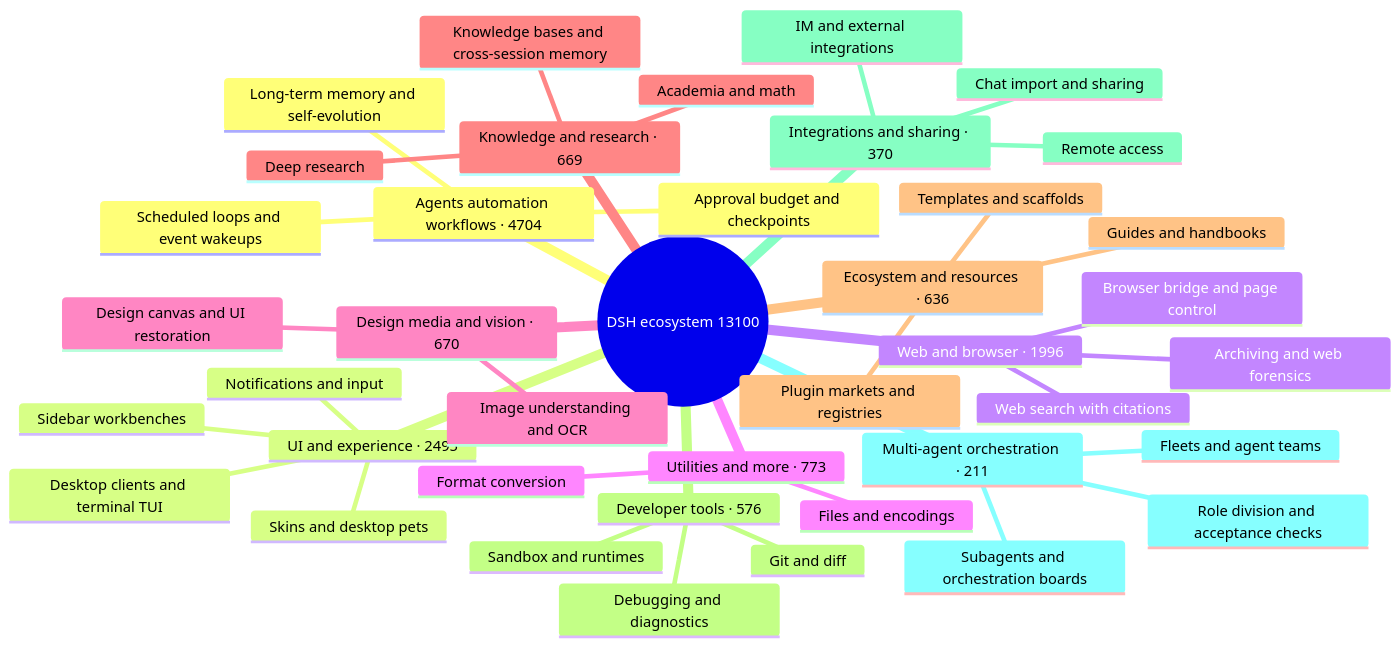
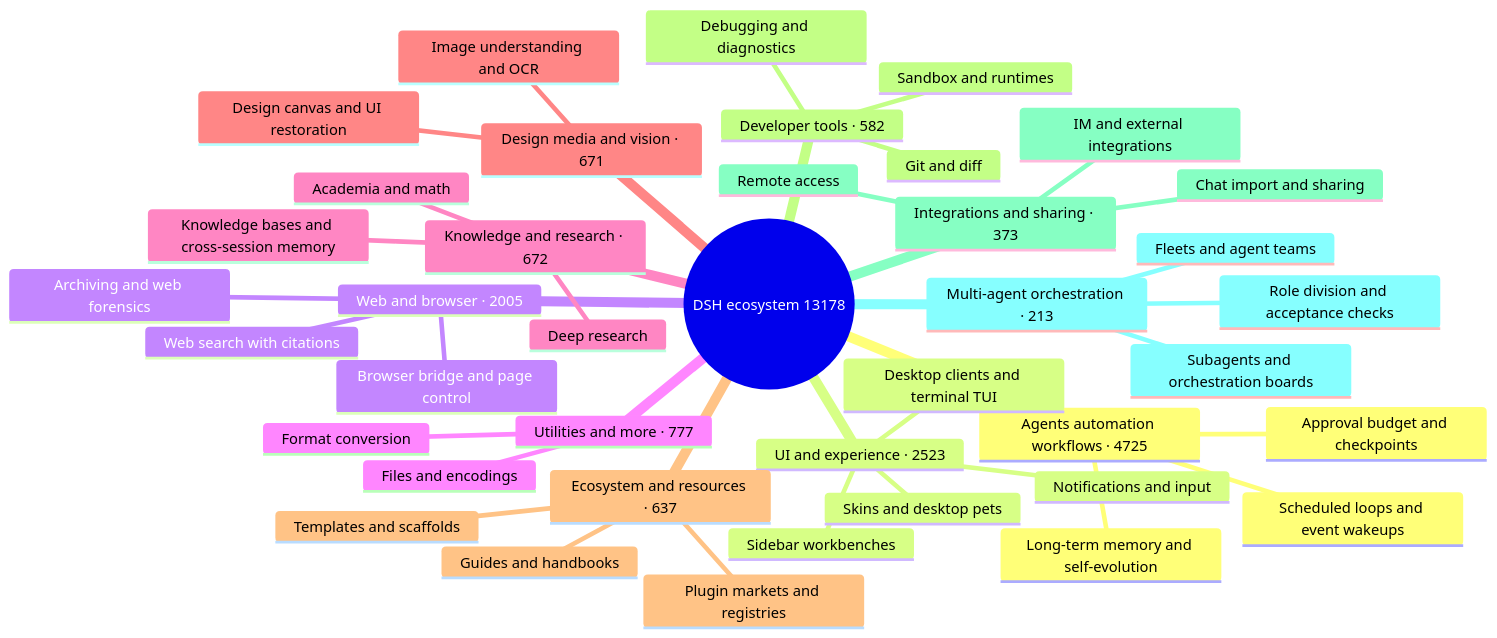
One commit to BOWLUNA/awesome-dsh-plugin changed the diagram in README_EN.md. Above: the diagram before and after it, drawn with Mermaid. The commit also changed other lines of this file and 20 other files, not shown here.

````diff
--- a/README_EN.md
+++ b/README_EN.md
@@ -33,43 +33,43 @@
 ```mermaid
 mindmap
-  root((DSH ecosystem 13100))
-    Agents automation workflows · 4704
+  root((DSH ecosystem 13178))
+    Agents automation workflows · 4725
       Scheduled loops and event wakeups
       Long-term memory and self-evolution
       Approval budget and checkpoints
-    UI and experience · 2495
+    UI and experience · 2523
       Desktop clients and terminal TUI
       Sidebar workbenches
       Skins and desktop pets
       Notifications and input
-    Web and browser · 1996
+    Web and browser · 2005
       Browser bridge and page control
       Web search with citations
       Archiving and web forensics
-    Utilities and more · 773
+    Utilities and more · 777
       Files and encodings
       Format conversion
-    Design media and vision · 670
-      Image understanding and OCR
-      Design canvas and UI restoration
-    Knowledge and research · 669
+    Knowledge and research · 672
       Knowledge bases and cross-session memory
       Deep research
       Academia and math
-    Ecosystem and resources · 636
+    Design media and vision · 671
+      Image understanding and OCR
+      Design canvas and UI restoration
+    Ecosystem and resources · 637
       Plugin markets and registries
       Templates and scaffolds
       Guides and handbooks
-    Developer tools · 576
+    Developer tools · 582
       Git and diff
       Sandbox and runtimes
       Debugging and diagnostics
-    Integrations and sharing · 370
+    Integrations and sharing · 373
       Chat import and sharing
       Remote access
       IM and external integrations
-    Multi-agent orchestration · 211
+    Multi-agent orchestration · 213
       Subagents and orchestration boards
       Fleets and agent teams
       Role division and acceptance checks
 ```
````
